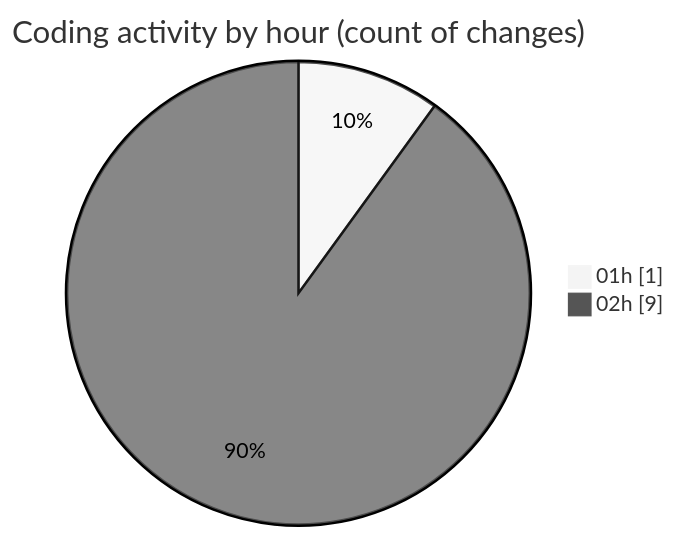
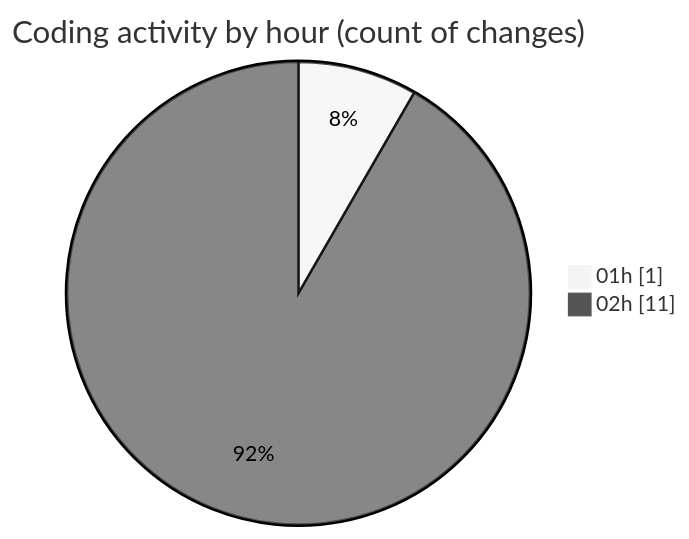
The second of 2 diagrams in 2025-02-21/uber_clone/README.md (donsfak/code-tracking), drawn with Mermaid (neutral theme) before and after one commit. The commit also changed other lines of this file and 1 other file, not shown here.

````diff
--- a/2025-02-21/uber_clone/README.md
+++ b/2025-02-21/uber_clone/README.md
@@ -35,6 +35,6 @@
 ```mermaid
 pie showData
 title Coding activity by hour (count of changes)
 "01h" : 1
-"02h" : 9
+"02h" : 11
 ```
````
